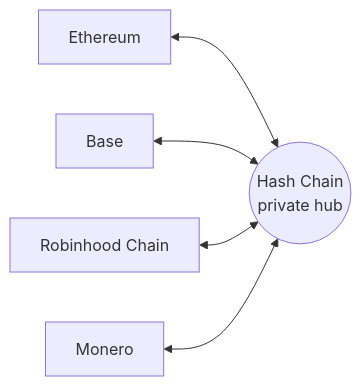
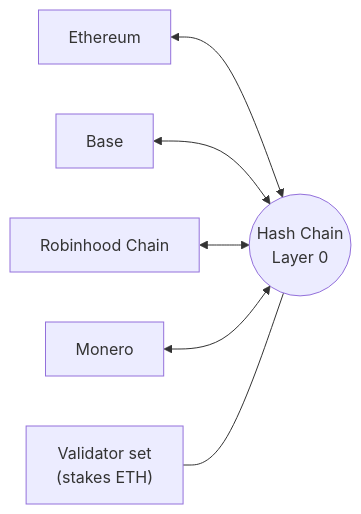
The diagram in README.md (HashChainL0/HashChainL0), drawn with Mermaid before and after one commit. The commit also changed other lines of this file, not shown here.

Commit message:
Reposition as the privacy Layer 0

````diff
--- a/README.md
+++ b/README.md
@@ -31,7 +39,8 @@
 ```mermaid
 flowchart LR
-    ETH["Ethereum"] <--> HUB(("Hash Chain<br/>private hub"))
-    BASE["Base"] <--> HUB
-    RH["Robinhood Chain"] <--> HUB
-    XMR["Monero"] <--> HUB
+    ETH["Ethereum"] <--> HC(("Hash Chain<br/>Layer 0"))
+    BASE["Base"] <--> HC
+    RH["Robinhood Chain"] <--> HC
+    XMR["Monero"] <--> HC
+    VAL["Validator set<br/>(stakes ETH)"] --- HC
 ```
````
